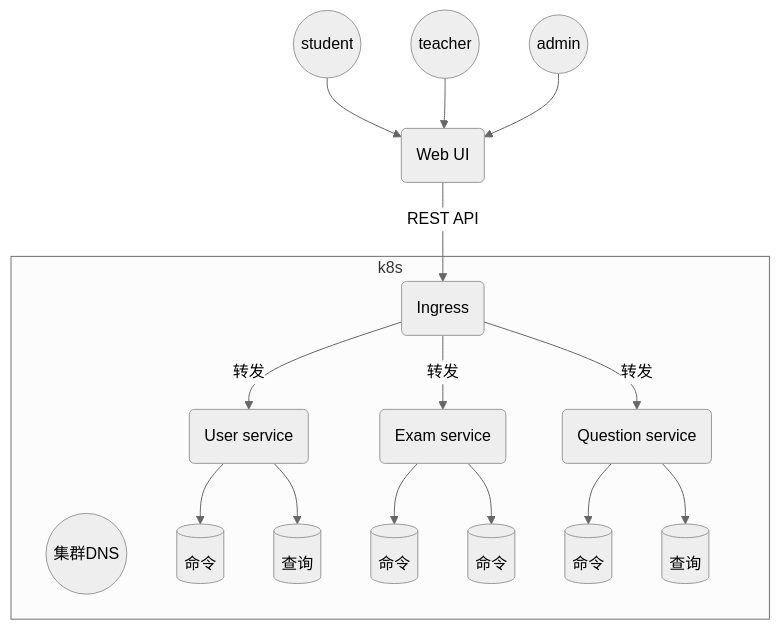
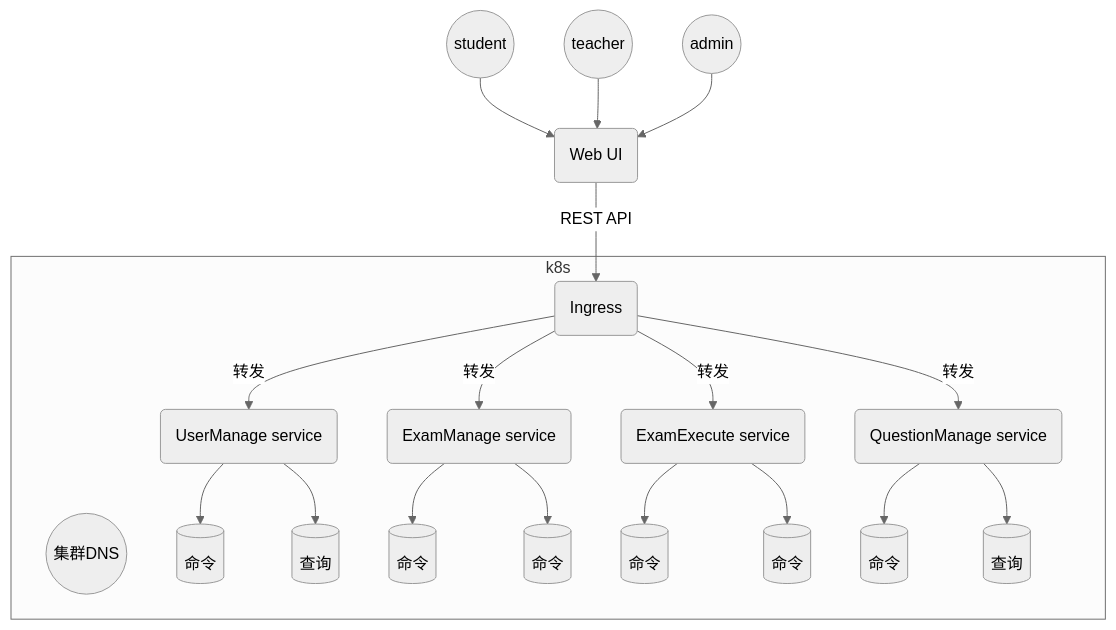
The tenth of 17 diagrams in docs_hby/lab3-task2-group-8.md (HBY-STAR/2024_Spring_CloudNative_Lab), drawn with Mermaid (neutral theme) before and after one commit. The commit also changed other lines of this file and 1 other file, not shown here.

````diff
--- a/docs_hby/lab3-task2-group-8.md
+++ b/docs_hby/lab3-task2-group-8.md
@@ -394,21 +417,24 @@
 ```mermaid
 flowchart TD
     student((student)) -->  UI(Web UI)
     teacher((teacher)) -->  UI(Web UI)
     admin((admin)) -->  UI(Web UI)
     UI(Web UI) --REST API--> Ingress(Ingress)
     subgraph k8s
     	core_dns((集群DNS))
-        Ingress(Ingress) --转发--> UserSVC(User service)
-        Ingress(Ingress) --转发--> ExamSVC(Exam service)
-        Ingress(Ingress) --转发--> QuestionSVC(Question service)     
-        UserSVC(User service) --> Command1[(命令)]
-        UserSVC(User service) --> Query1[(查询)]
-        ExamSVC(Exam service) --> Command2[(命令)]
-        ExamSVC(Exam service) --> Query2[(命令)]
-        QuestionSVC(Question service) --> Command3[(命令)]
-        QuestionSVC(Question service) --> Query3[(查询)] 
+        Ingress(Ingress) --转发--> UserSVC(UserManage service)
+        Ingress(Ingress) --转发--> ExamSVC(ExamManage service)
+        Ingress(Ingress) --转发--> ExamExeSVC(ExamExecute service)
+        Ingress(Ingress) --转发--> QuestionSVC(QuestionManage service)     
+        UserSVC(UserManage service) --> Command1[(命令)]
+        UserSVC(UserManage service) --> Query1[(查询)]
+        ExamSVC(ExamManage service) --> Command2[(命令)]
+        ExamSVC(ExamManage service) --> Query2[(命令)]
+        ExamExeSVC(ExamExecute service) --> Command4[(命令)]
+        ExamExeSVC(ExamExecute service) --> Query4[(命令)]
+        QuestionSVC(QuestionManage service) --> Command3[(命令)]
+        QuestionSVC(QuestionManage service) --> Query3[(查询)] 
     end
 
 
 ```
````
